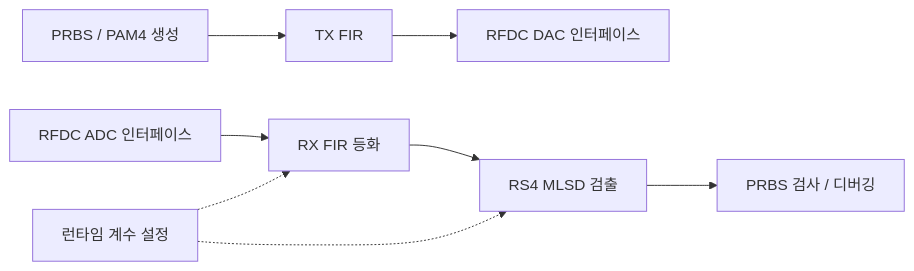
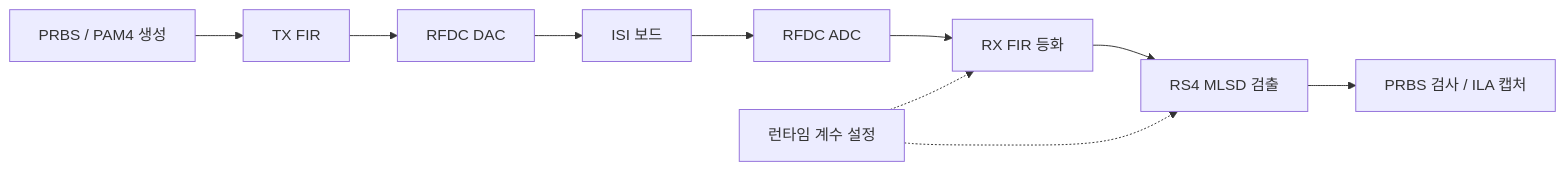
The diagram in projects/zcu208-pam4-dsp-portfolio/README.md (yunjuhyeong0916-glitch/jhyun), drawn with Mermaid before and after one commit. The commit also changed other lines of this file and 506 other files, not shown here.

````diff
--- a/projects/zcu208-pam4-dsp-portfolio/README.md
+++ b/projects/zcu208-pam4-dsp-portfolio/README.md
@@ -45,10 +19,12 @@
 ```mermaid
 flowchart LR
     P[PRBS / PAM4 생성] --> T[TX FIR]
-    T --> D[RFDC DAC 인터페이스]
-    A[RFDC ADC 인터페이스] --> R[RX FIR 등화]
+    T --> D[RFDC DAC]
+    D --> I[ISI 보드]
+    I --> A[RFDC ADC]
+    A --> R[RX FIR 등화]
     R --> M[RS4 MLSD 검출]
-    M --> C[PRBS 검사 / 디버깅]
+    M --> C[PRBS 검사 / ILA 캡처]
     G[런타임 계수 설정] -.-> R
     G -.-> M
 ```
````
